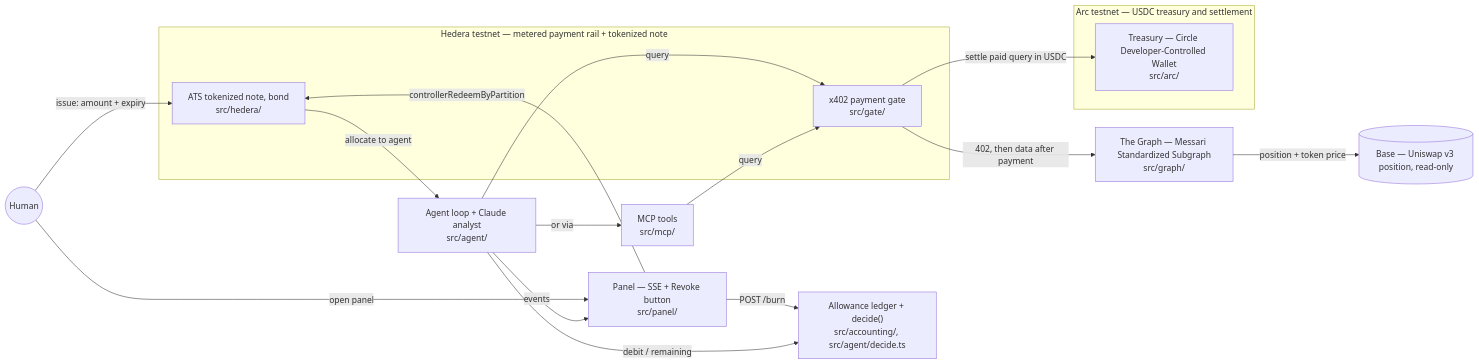
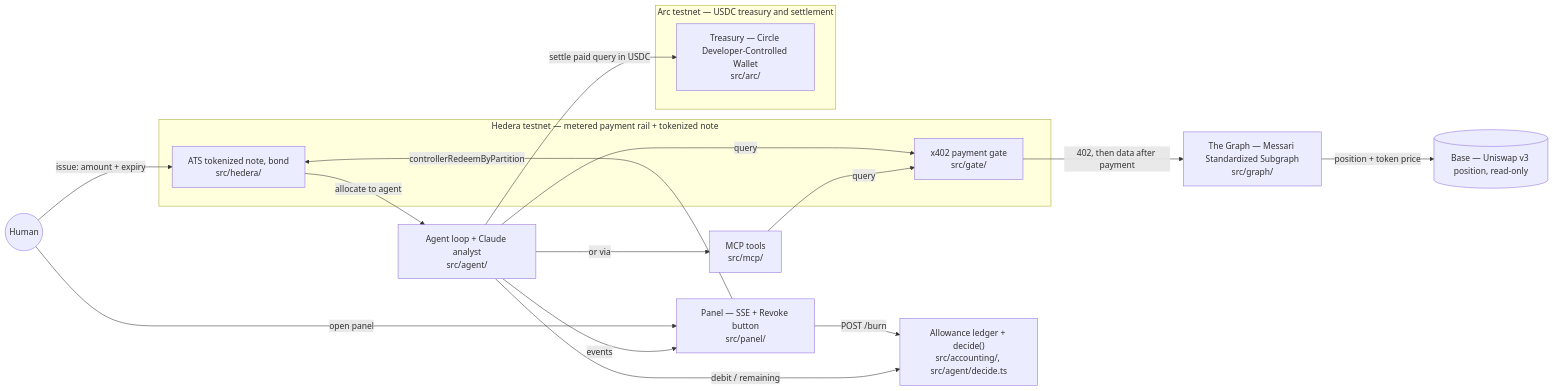
One commit to martaGonz/allowance changed the diagram in README.md. Above: the diagram before and after it, drawn with Mermaid. The commit also changed 1 other file, not shown here.

Commit message:
fix: settlement edge in the architecture diagram runs from the agent, not the gate
Gate -->|"settle paid query in USDC"| Treasury in both README.md and
docs/architecture.md, but src/gate/*.ts never touches Circle or Arc —
settlement is called by the agent loop (src/agent/run.ts:144,
await deps.settle(...)), wired to the real Circle/Arc client in
src/agent/live.ts:37-43 (liveSettle -> settleOnArc). The edge now
originates from AgentLoop, matching README step 6 ("the agent
settles...") and the component paragraphs, which already described it
correctly. Re-read both diagrams and every settlement-related sentence
in both docs; nothing else attributed Arc settlement to the gate.
Re-rendered the diagram with @mermaid-js/mermaid-cli to confirm it
still produces valid SVG after the edit.

````diff
--- a/README.md
+++ b/README.md
@@ -13,33 +13,33 @@
 ```mermaid
 flowchart LR
     Human(("Human"))
     Panel["Panel — SSE + Revoke button<br/>src/panel/"]
     Ledger["Allowance ledger + decide()<br/>src/accounting/, src/agent/decide.ts"]
     AgentLoop["Agent loop + Claude analyst<br/>src/agent/"]
     MCP["MCP tools<br/>src/mcp/"]
     GraphSub["The Graph — Messari Standardized Subgraph<br/>src/graph/"]
     Base[("Base — Uniswap v3 position, read-only")]
 
     subgraph HederaTestnet ["Hedera testnet — metered payment rail + tokenized note"]
         Gate["x402 payment gate<br/>src/gate/"]
         ATS["ATS tokenized note, bond<br/>src/hedera/"]
     end
 
     subgraph ArcTestnet ["Arc testnet — USDC treasury and settlement"]
         Treasury["Treasury — Circle Developer-Controlled Wallet<br/>src/arc/"]
     end
 
     Human -->|"issue: amount + expiry"| ATS
     ATS -->|"allocate to agent"| AgentLoop
     Human -->|"open panel"| Panel
     Panel -->|"POST /burn"| Ledger
     Panel -->|"controllerRedeemByPartition"| ATS
     AgentLoop -->|"debit / remaining"| Ledger
     AgentLoop -->|"query"| Gate
     AgentLoop -->|"or via"| MCP
     MCP -->|"query"| Gate
     Gate -->|"402, then data after payment"| GraphSub
     GraphSub -->|"position + token price"| Base
-    Gate -->|"settle paid query in USDC"| Treasury
+    AgentLoop -->|"settle paid query in USDC"| Treasury
     AgentLoop -->|"events"| Panel
 ```
````
